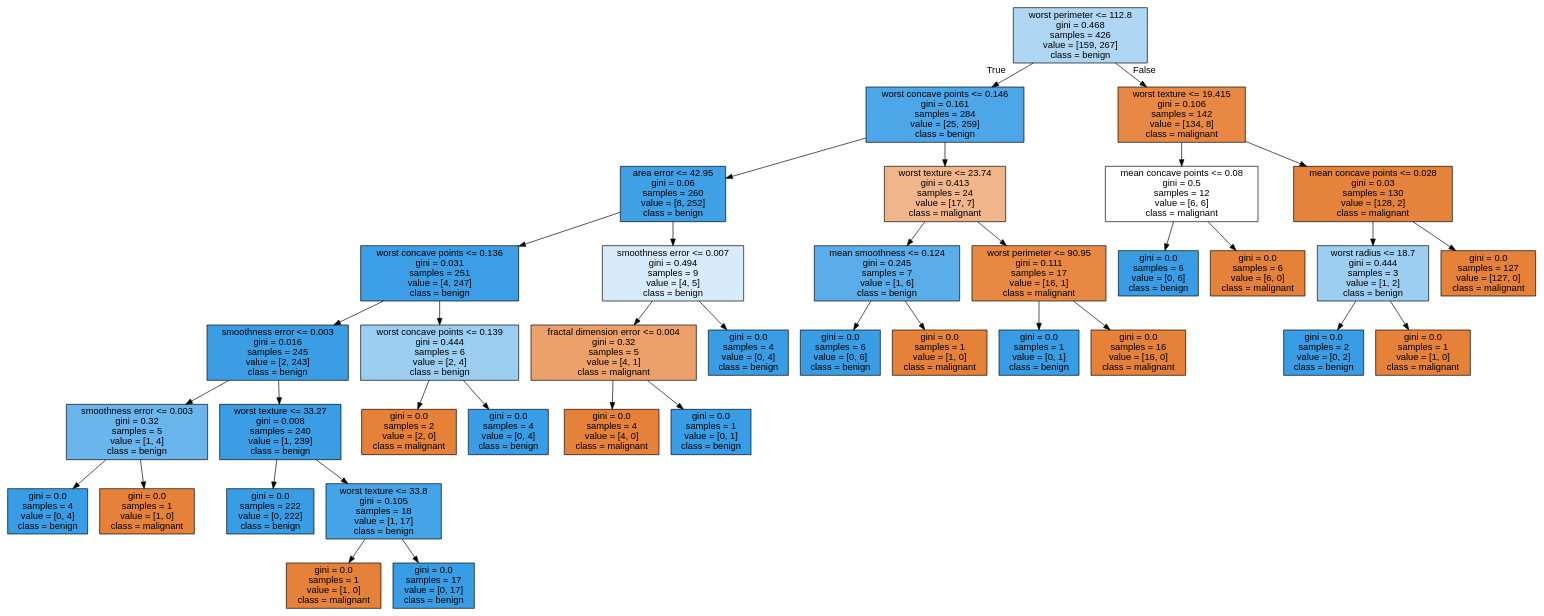
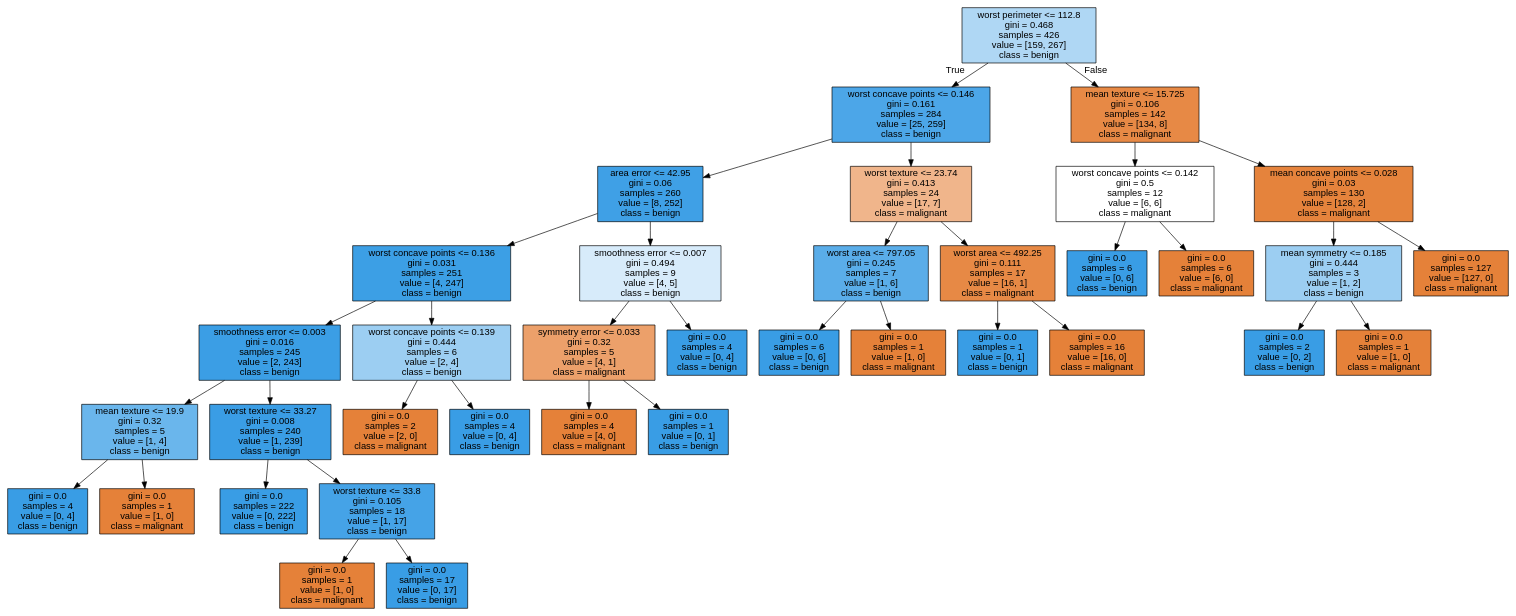
The diagram in workspace/ml-basic/models/breast-cancer-model.dot (shared-repo/human-da), drawn with Graphviz before and after one commit. The commit also changed 2 other files, not shown here.

```diff
--- a/workspace/ml-basic/models/breast-cancer-model.dot
+++ b/workspace/ml-basic/models/breast-cancer-model.dot
@@ -1,77 +1,77 @@
 digraph Tree {
 node [shape=box, style="filled", color="black", fontname="helvetica"] ;
 edge [fontname="helvetica"] ;
 0 [label="worst perimeter <= 112.8\ngini = 0.468\nsamples = 426\nvalue = [159, 267]\nclass = benign", fillcolor="#afd7f4"] ;
 1 [label="worst concave points <= 0.146\ngini = 0.161\nsamples = 284\nvalue = [25, 259]\nclass = benign", fillcolor="#4ca6e8"] ;
 0 -> 1 [labeldistance=2.5, labelangle=45, headlabel="True"] ;
 2 [label="area error <= 42.95\ngini = 0.06\nsamples = 260\nvalue = [8, 252]\nclass = benign", fillcolor="#3fa0e6"] ;
 1 -> 2 ;
 3 [label="worst concave points <= 0.136\ngini = 0.031\nsamples = 251\nvalue = [4, 247]\nclass = benign", fillcolor="#3c9fe5"] ;
 2 -> 3 ;
 4 [label="smoothness error <= 0.003\ngini = 0.016\nsamples = 245\nvalue = [2, 243]\nclass = benign", fillcolor="#3b9ee5"] ;
 3 -> 4 ;
-5 [label="smoothness error <= 0.003\ngini = 0.32\nsamples = 5\nvalue = [1, 4]\nclass = benign", fillcolor="#6ab6ec"] ;
+5 [label="mean texture <= 19.9\ngini = 0.32\nsamples = 5\nvalue = [1, 4]\nclass = benign", fillcolor="#6ab6ec"] ;
 4 -> 5 ;
 6 [label="gini = 0.0\nsamples = 4\nvalue = [0, 4]\nclass = benign", fillcolor="#399de5"] ;
 5 -> 6 ;
 7 [label="gini = 0.0\nsamples = 1\nvalue = [1, 0]\nclass = malignant", fillcolor="#e58139"] ;
 5 -> 7 ;
 8 [label="worst texture <= 33.27\ngini = 0.008\nsamples = 240\nvalue = [1, 239]\nclass = benign", fillcolor="#3a9de5"] ;
 4 -> 8 ;
 9 [label="gini = 0.0\nsamples = 222\nvalue = [0, 222]\nclass = benign", fillcolor="#399de5"] ;
 8 -> 9 ;
 10 [label="worst texture <= 33.8\ngini = 0.105\nsamples = 18\nvalue = [1, 17]\nclass = benign", fillcolor="#45a3e7"] ;
 8 -> 10 ;
 11 [label="gini = 0.0\nsamples = 1\nvalue = [1, 0]\nclass = malignant", fillcolor="#e58139"] ;
 10 -> 11 ;
 12 [label="gini = 0.0\nsamples = 17\nvalue = [0, 17]\nclass = benign", fillcolor="#399de5"] ;
 10 -> 12 ;
 13 [label="worst concave points <= 0.139\ngini = 0.444\nsamples = 6\nvalue = [2, 4]\nclass = benign", fillcolor="#9ccef2"] ;
 3 -> 13 ;
 14 [label="gini = 0.0\nsamples = 2\nvalue = [2, 0]\nclass = malignant", fillcolor="#e58139"] ;
 13 -> 14 ;
 15 [label="gini = 0.0\nsamples = 4\nvalue = [0, 4]\nclass = benign", fillcolor="#399de5"] ;
 13 -> 15 ;
 16 [label="smoothness error <= 0.007\ngini = 0.494\nsamples = 9\nvalue = [4, 5]\nclass = benign", fillcolor="#d7ebfa"] ;
 2 -> 16 ;
-17 [label="fractal dimension error <= 0.004\ngini = 0.32\nsamples = 5\nvalue = [4, 1]\nclass = malignant", fillcolor="#eca06a"] ;
+17 [label="symmetry error <= 0.033\ngini = 0.32\nsamples = 5\nvalue = [4, 1]\nclass = malignant", fillcolor="#eca06a"] ;
 16 -> 17 ;
 18 [label="gini = 0.0\nsamples = 4\nvalue = [4, 0]\nclass = malignant", fillcolor="#e58139"] ;
 17 -> 18 ;
 19 [label="gini = 0.0\nsamples = 1\nvalue = [0, 1]\nclass = benign", fillcolor="#399de5"] ;
 17 -> 19 ;
 20 [label="gini = 0.0\nsamples = 4\nvalue = [0, 4]\nclass = benign", fillcolor="#399de5"] ;
 16 -> 20 ;
 21 [label="worst texture <= 23.74\ngini = 0.413\nsamples = 24\nvalue = [17, 7]\nclass = malignant", fillcolor="#f0b58b"] ;
 1 -> 21 ;
-22 [label="mean smoothness <= 0.124\ngini = 0.245\nsamples = 7\nvalue = [1, 6]\nclass = benign", fillcolor="#5aade9"] ;
+22 [label="worst area <= 797.05\ngini = 0.245\nsamples = 7\nvalue = [1, 6]\nclass = benign", fillcolor="#5aade9"] ;
 21 -> 22 ;
 23 [label="gini = 0.0\nsamples = 6\nvalue = [0, 6]\nclass = benign", fillcolor="#399de5"] ;
 22 -> 23 ;
 24 [label="gini = 0.0\nsamples = 1\nvalue = [1, 0]\nclass = malignant", fillcolor="#e58139"] ;
 22 -> 24 ;
-25 [label="worst perimeter <= 90.95\ngini = 0.111\nsamples = 17\nvalue = [16, 1]\nclass = malignant", fillcolor="#e78945"] ;
+25 [label="worst area <= 492.25\ngini = 0.111\nsamples = 17\nvalue = [16, 1]\nclass = malignant", fillcolor="#e78945"] ;
 21 -> 25 ;
 26 [label="gini = 0.0\nsamples = 1\nvalue = [0, 1]\nclass = benign", fillcolor="#399de5"] ;
 25 -> 26 ;
 27 [label="gini = 0.0\nsamples = 16\nvalue = [16, 0]\nclass = malignant", fillcolor="#e58139"] ;
 25 -> 27 ;
-28 [label="worst texture <= 19.415\ngini = 0.106\nsamples = 142\nvalue = [134, 8]\nclass = malignant", fillcolor="#e78945"] ;
+28 [label="mean texture <= 15.725\ngini = 0.106\nsamples = 142\nvalue = [134, 8]\nclass = malignant", fillcolor="#e78945"] ;
 0 -> 28 [labeldistance=2.5, labelangle=-45, headlabel="False"] ;
-29 [label="mean concave points <= 0.08\ngini = 0.5\nsamples = 12\nvalue = [6, 6]\nclass = malignant", fillcolor="#ffffff"] ;
+29 [label="worst concave points <= 0.142\ngini = 0.5\nsamples = 12\nvalue = [6, 6]\nclass = malignant", fillcolor="#ffffff"] ;
 28 -> 29 ;
 30 [label="gini = 0.0\nsamples = 6\nvalue = [0, 6]\nclass = benign", fillcolor="#399de5"] ;
 29 -> 30 ;
 31 [label="gini = 0.0\nsamples = 6\nvalue = [6, 0]\nclass = malignant", fillcolor="#e58139"] ;
 29 -> 31 ;
 32 [label="mean concave points <= 0.028\ngini = 0.03\nsamples = 130\nvalue = [128, 2]\nclass = malignant", fillcolor="#e5833c"] ;
 28 -> 32 ;
-33 [label="worst radius <= 18.7\ngini = 0.444\nsamples = 3\nvalue = [1, 2]\nclass = benign", fillcolor="#9ccef2"] ;
+33 [label="mean symmetry <= 0.185\ngini = 0.444\nsamples = 3\nvalue = [1, 2]\nclass = benign", fillcolor="#9ccef2"] ;
 32 -> 33 ;
 34 [label="gini = 0.0\nsamples = 2\nvalue = [0, 2]\nclass = benign", fillcolor="#399de5"] ;
 33 -> 34 ;
 35 [label="gini = 0.0\nsamples = 1\nvalue = [1, 0]\nclass = malignant", fillcolor="#e58139"] ;
 33 -> 35 ;
 36 [label="gini = 0.0\nsamples = 127\nvalue = [127, 0]\nclass = malignant", fillcolor="#e58139"] ;
 32 -> 36 ;
 }
```
